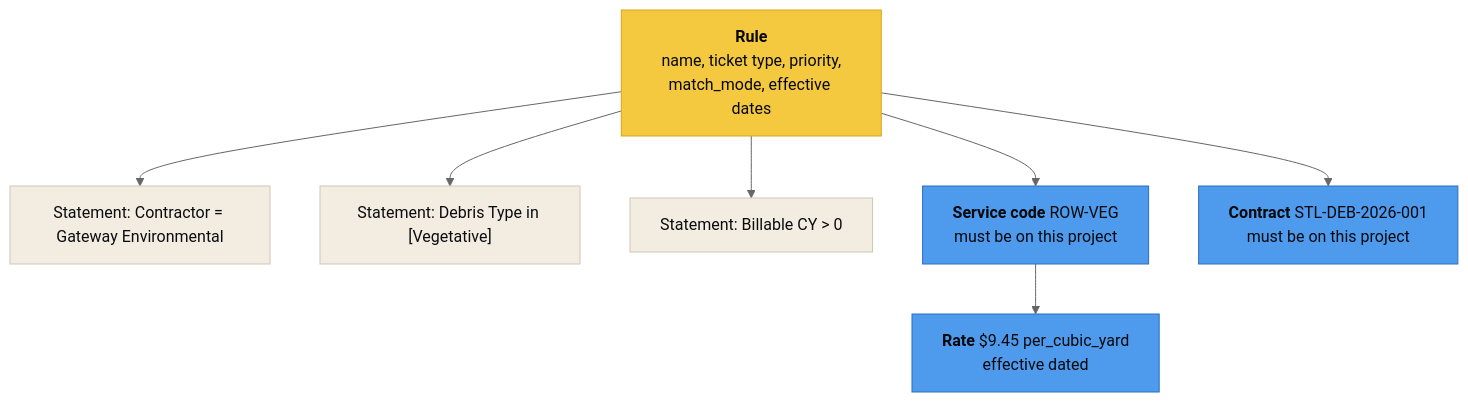
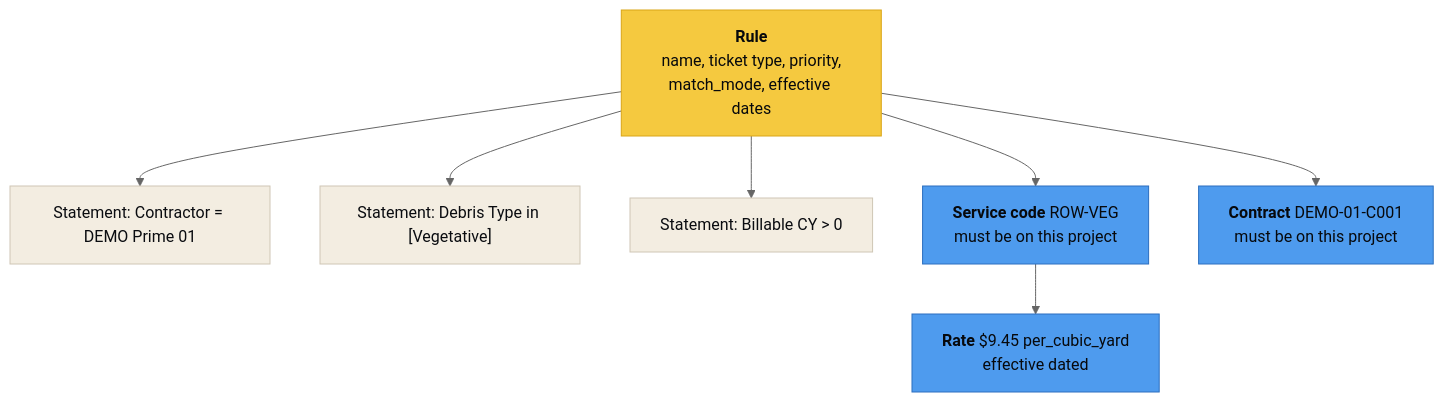
One commit to MrRyanAlexander/openadms changed the first of 2 diagrams in docs/RULES_ENGINE.md. Above: the diagram before and after it, drawn with Mermaid (neutral theme). The commit also changed other lines of this file and 22 other files, not shown here.

````diff
--- a/docs/RULES_ENGINE.md
+++ b/docs/RULES_ENGINE.md
@@ -21,17 +21,17 @@
 ```mermaid
 flowchart TB
     R["<b>Rule</b><br/>name, ticket type, priority,<br/>match_mode, effective dates"]
-    R --> S1["Statement: Contractor = Gateway Environmental"]
+    R --> S1["Statement: Contractor = DEMO Prime 01"]
     R --> S2["Statement: Debris Type in [Vegetative]"]
     R --> S3["Statement: Billable CY > 0"]
     R --> SC["<b>Service code</b> ROW-VEG<br/>must be on this project"]
-    R --> CT["<b>Contract</b> STL-DEB-2026-001<br/>must be on this project"]
+    R --> CT["<b>Contract</b> DEMO-01-C001<br/>must be on this project"]
     SC --> RT["<b>Rate</b> $9.45 per_cubic_yard<br/>effective dated"]
 
     classDef paper fill:#F3EDE1,stroke:#CFC6B5,color:#0A0C10
     classDef yellow fill:#F5C93F,stroke:#D9A517,color:#07090C
     classDef blue fill:#4E9BEE,stroke:#2C6FBF,color:#07090C
     class R yellow
     class S1,S2,S3 paper
     class SC,CT,RT blue
 ```
````
